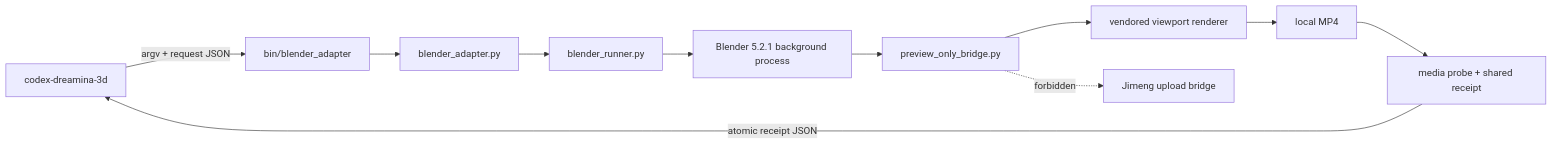
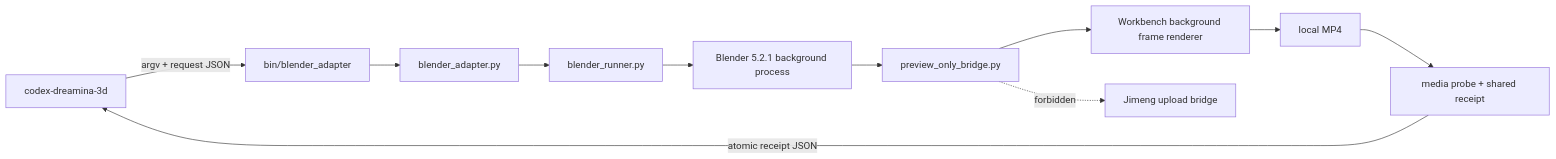
Before and after one commit to full-aigc-plugins/blender-design-plugin: the diagram in docs/superpowers/specs/2026-09-13-dreamina-3d-preview-adapter-design.md, drawn with Mermaid. The commit also changed other lines of this file and 14 other files, not shown here.

````diff
--- a/docs/superpowers/specs/2026-09-13-dreamina-3d-preview-adapter-design.md
+++ b/docs/superpowers/specs/2026-09-13-dreamina-3d-preview-adapter-design.md
@@ -23,13 +23,13 @@
 ```mermaid
 flowchart LR
     D3[codex-dreamina-3d] -->|argv + request JSON| A[bin/blender_adapter]
     A --> R[blender_adapter.py]
     R --> S[blender_runner.py]
     S --> B[Blender 5.2.1 background process]
     B --> P[preview_only_bridge.py]
-    P --> V[vendored viewport renderer]
+    P --> V[Workbench background frame renderer]
     V --> M[local MP4]
     M --> C[media probe + shared receipt]
     C -->|atomic receipt JSON| D3
     P -. forbidden .-> U[Jimeng upload bridge]
 ```
````
